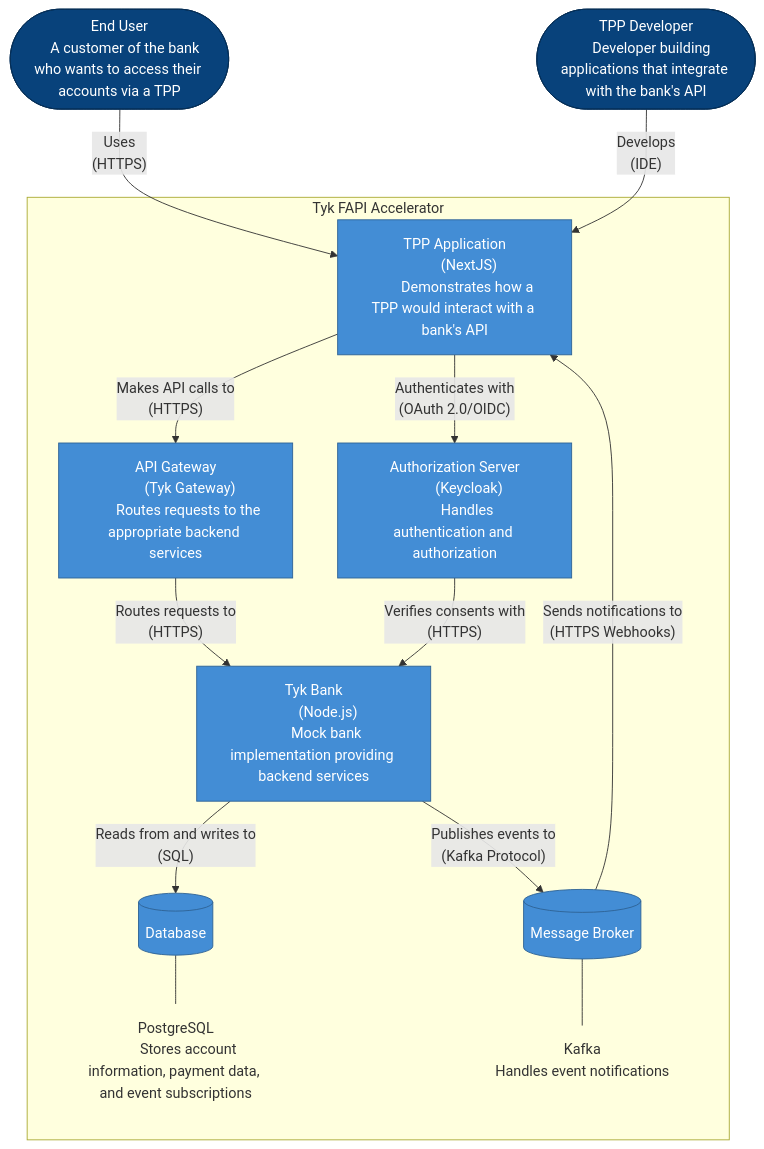
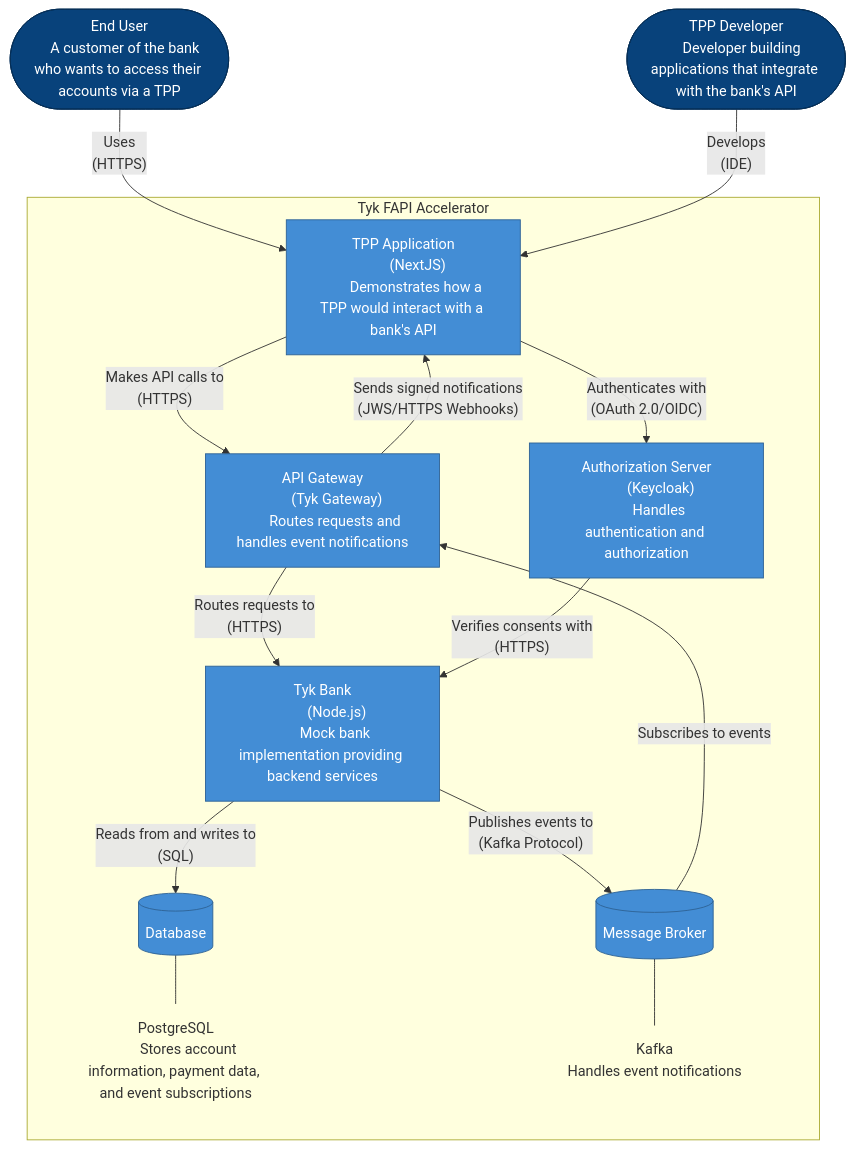
Before and after one commit to TykTechnologies/tyk-fapi: the diagram in docs/architecture-diagrams/container-diagram.md, drawn with Mermaid. The commit also changed other lines of this file and 2 other files, not shown here.

````diff
--- a/docs/architecture-diagrams/container-diagram.md
+++ b/docs/architecture-diagrams/container-diagram.md
@@ -5,67 +5,70 @@
 ```mermaid
 flowchart TB
     %% People/Actors
     endUser(["End User
     A customer of the bank who wants to access their accounts via a TPP"])
     tppDeveloper(["TPP Developer
     Developer building applications that integrate with the bank's API"])
     
     %% Tyk FAPI Accelerator System with Containers
     subgraph tykFAPI ["Tyk FAPI Accelerator"]
         tppApp["TPP Application
         (NextJS)
         Demonstrates how a TPP would interact with a bank's API"]
         apiGateway["API Gateway
         (Tyk Gateway)
-        Routes requests to the appropriate backend services"]
+        Routes requests and handles event notifications"]
         authServer["Authorization Server
         (Keycloak)
         Handles authentication and authorization"]
         tykBank["Tyk Bank
         (Node.js)
         Mock bank implementation providing backend services"]
         database[(Database)]
         databaseLabel["PostgreSQL
         Stores account information, payment data, and event subscriptions"]
         kafka[(Message Broker)]
         kafkaLabel["Kafka
         Handles event notifications"]
     end
     
     %% Connect labels to database and kafka
     database --- databaseLabel
     kafka --- kafkaLabel
     
     %% Relationships
     endUser -->|"Uses
     (HTTPS)"| tppApp
     tppDeveloper -->|"Develops
     (IDE)"| tppApp
     tppApp -->|"Makes API calls to
     (HTTPS)"| apiGateway
     tppApp -->|"Authenticates with
     (OAuth 2.0/OIDC)"| authServer
     apiGateway -->|"Routes requests to
     (HTTPS)"| tykBank
     authServer -->|"Verifies consents with
     (HTTPS)"| tykBank
     tykBank -->|"Reads from and writes to
     (SQL)"| database
     tykBank -->|"Publishes events to
     (Kafka Protocol)"| kafka
-    kafka -->|"Sends notifications to
-    (HTTPS Webhooks)"| tppApp
+    
+    %% Event notification flow
+    kafka -->|"Subscribes to events"| apiGateway
+    apiGateway -->|"Sends signed notifications
+    (JWS/HTTPS Webhooks)"| tppApp
     
     %% Styling
     classDef person fill:#08427B,color:#fff,stroke:#052E56
     classDef container fill:#438DD5,color:#fff,stroke:#2E6295
     classDef database fill:#438DD5,color:#fff,stroke:#2E6295
     classDef queue fill:#438DD5,color:#fff,stroke:#2E6295
     classDef label fill:none,stroke:none
     
     class endUser,tppDeveloper person
     class tppApp,apiGateway,authServer,tykBank container
     class database database
     class kafka queue
     class databaseLabel,kafkaLabel label
 ```
````
